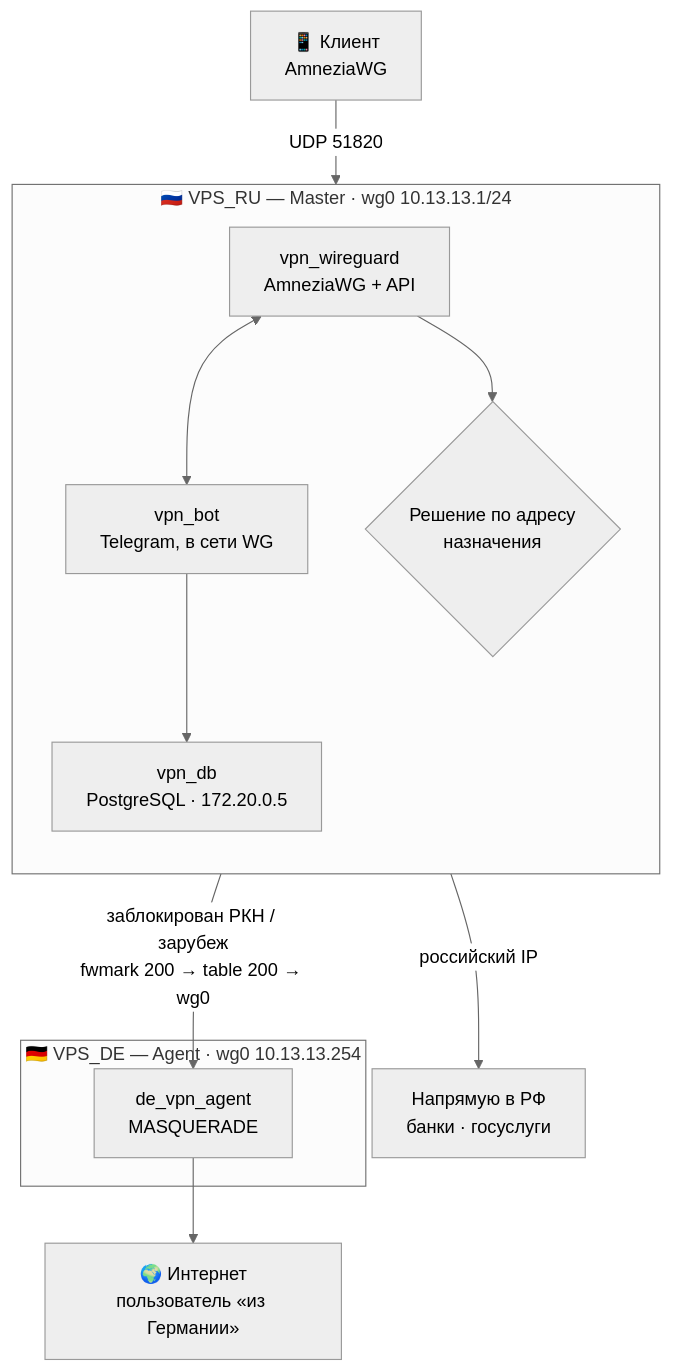
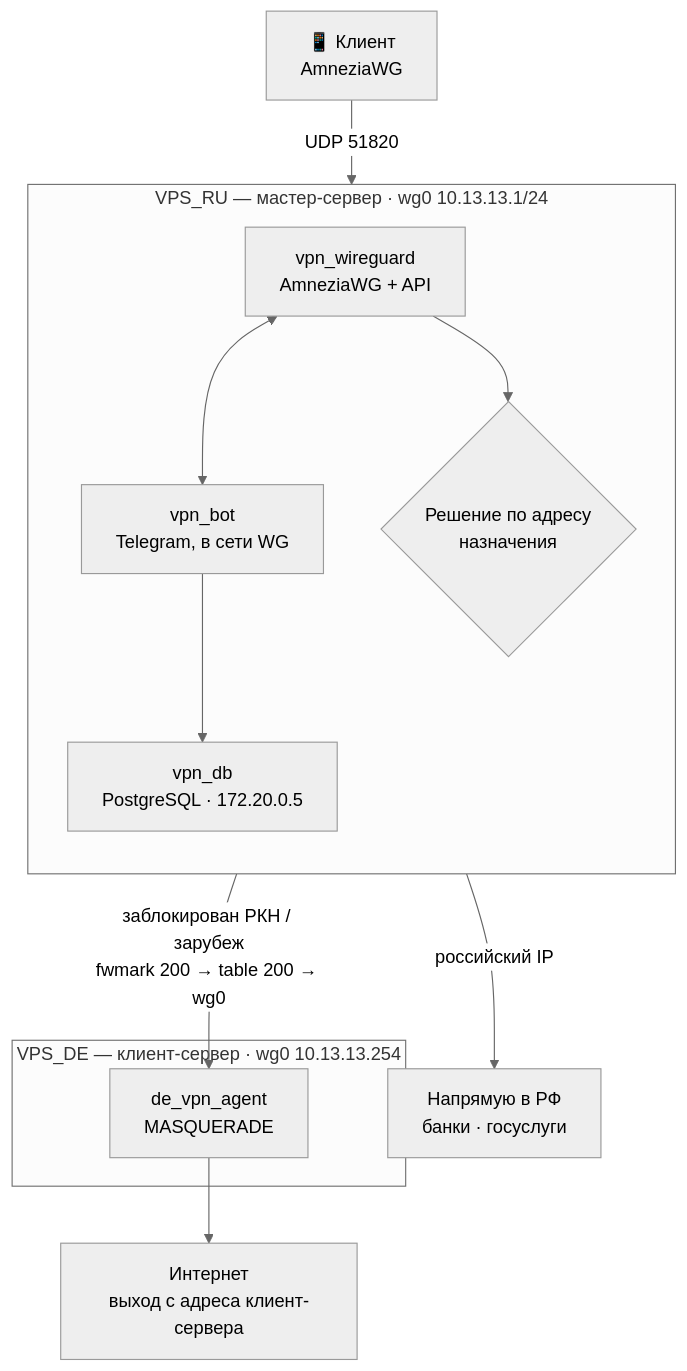
Before and after one commit to AnDyQnn/vpn_awg_2_VPS_pub: the first of 2 diagrams in Readme.md, drawn with Mermaid (neutral theme). The commit also changed other lines of this file and 7 other files, not shown here.

````diff
--- a/Readme.md
+++ b/Readme.md
@@ -94,24 +94,24 @@
 ```mermaid
 flowchart TB
     Client["📱 Клиент<br/>AmneziaWG"]
 
-    subgraph RU["🇷🇺 VPS_RU — Master · wg0 10.13.13.1/24"]
+    subgraph RU["VPS_RU — мастер-сервер · wg0 10.13.13.1/24"]
         direction TB
         WG["vpn_wireguard<br/>AmneziaWG + API"]
         BOT["vpn_bot<br/>Telegram, в сети WG"]
         DB["vpn_db<br/>PostgreSQL · 172.20.0.5"]
         DEC{"Решение по адресу<br/>назначения"}
         WG <--> BOT
         BOT --> DB
         WG --> DEC
     end
 
-    subgraph DE["🇩🇪 VPS_DE — Agent · wg0 10.13.13.254"]
+    subgraph DE["VPS_DE — клиент-сервер · wg0 10.13.13.254"]
         AGENT["de_vpn_agent<br/>MASQUERADE"]
     end
 
     Client -->|"UDP 51820"| WG
     DEC -->|"российский IP"| DIRECT["Напрямую в РФ<br/>банки · госуслуги"]
     DEC -->|"заблокирован РКН / зарубеж<br/>fwmark 200 → table 200 → wg0"| AGENT
-    AGENT --> NET["🌍 Интернет<br/>пользователь «из Германии»"]
+    AGENT --> NET["Интернет<br/>выход с адреса клиент-сервера"]
 ```
````
